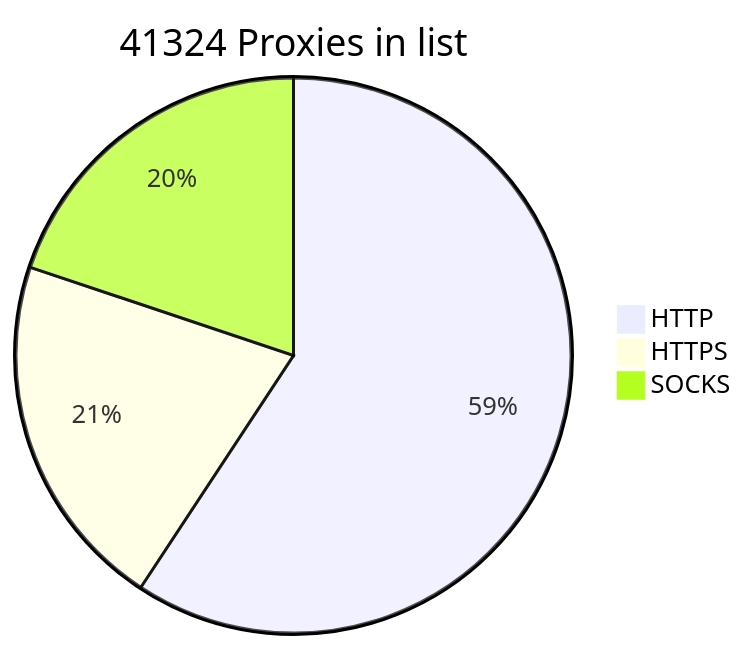
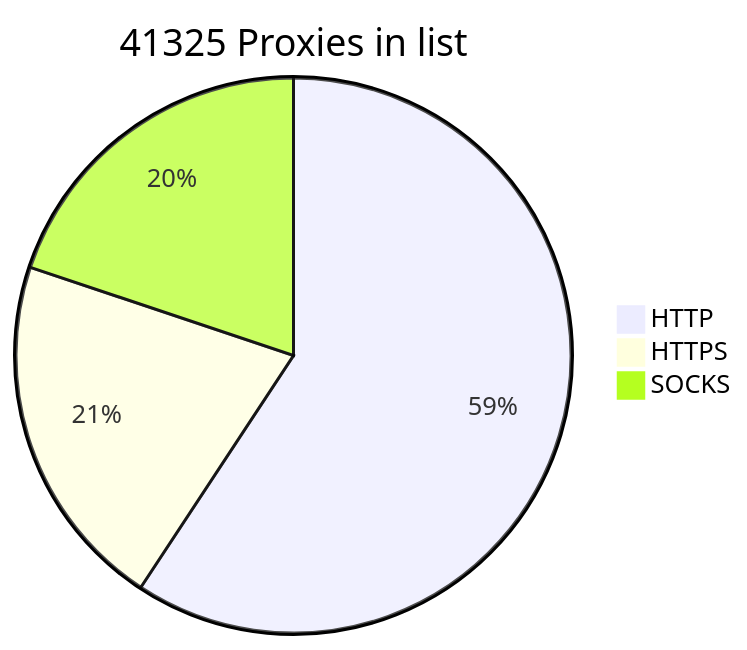
The diagram in README.md (BlackSnowDot/proxylist-update-every-minute), drawn with Mermaid before and after one commit.

````diff
--- a/README.md
+++ b/README.md
@@ -2,6 +2,6 @@
 ```mermaid
-pie title 41324 Proxies in list
-    "HTTP" : 28479
+pie title 41325 Proxies in list
+    "HTTP" : 28480
     "HTTPS": 10033
     "SOCKS" : 9540
 ```
````
